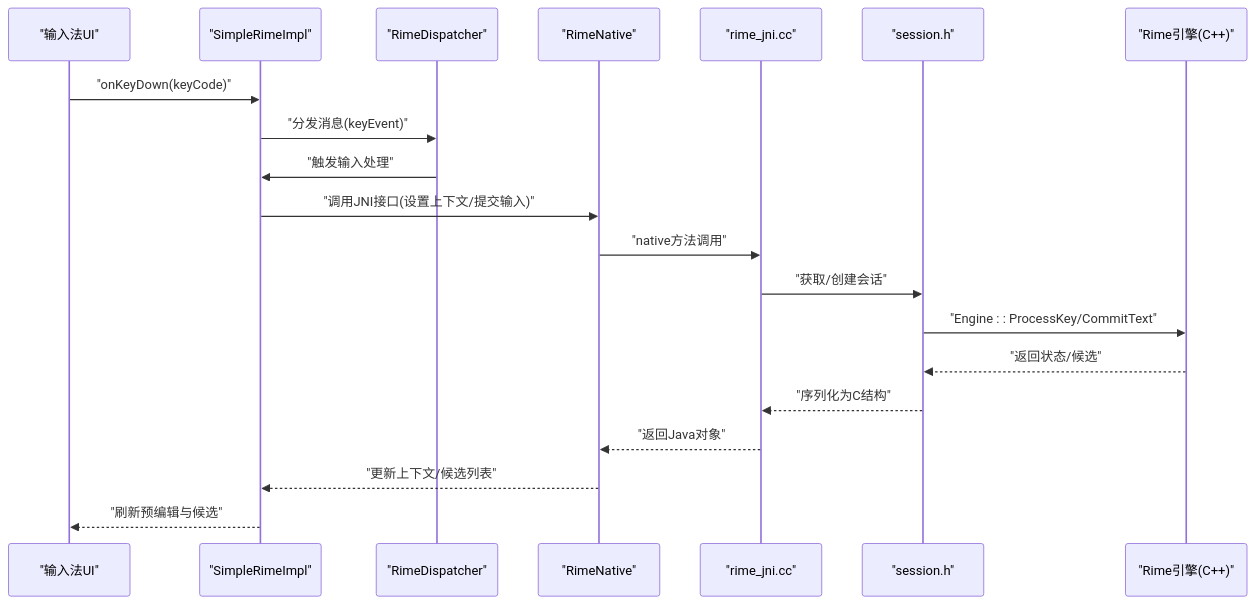
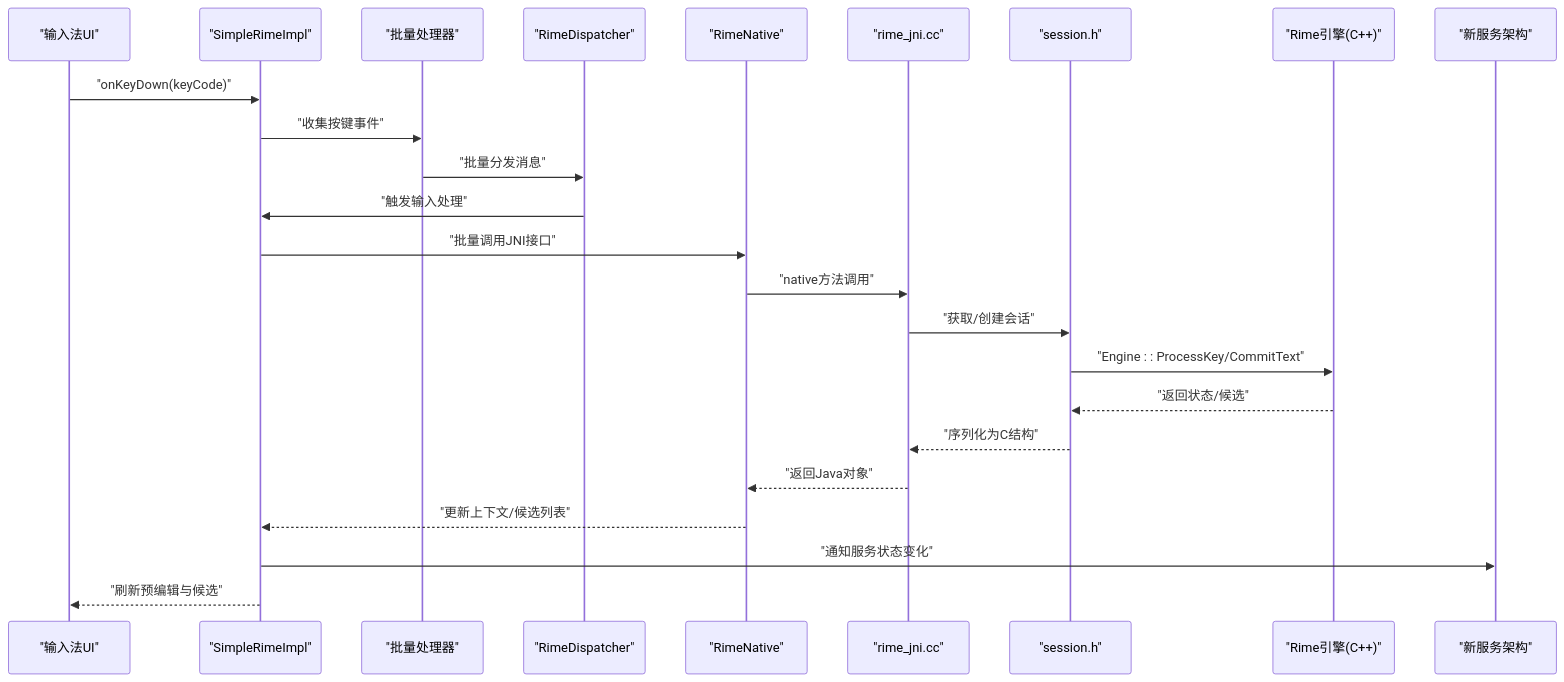
One commit to qiaodashaoye/ziyou-ime changed the second of 9 diagrams in .qoder/repowiki/zh/content/架构设计/分层架构设计/业务逻辑层/SimpleRimeImpl 核心实现.md. Above: the diagram before and after it, drawn with Mermaid. The commit also changed other lines of this file and 7 other files, not shown here.

````diff
--- a/.qoder/repowiki/zh/content/架构设计/分层架构设计/业务逻辑层/SimpleRimeImpl 核心实现.md
+++ b/.qoder/repowiki/zh/content/架构设计/分层架构设计/业务逻辑层/SimpleRimeImpl 核心实现.md
@@ -107,22 +120,26 @@
 ```mermaid
 sequenceDiagram
 participant UI as "输入法UI"
 participant Impl as "SimpleRimeImpl"
+participant Batch as "批量处理器"
 participant Disp as "RimeDispatcher"
 participant JNIAPI as "RimeNative"
 participant JNI as "rime_jni.cc"
 participant Sess as "session.h"
 participant Rime as "Rime引擎(C++)"
+participant Service as "新服务架构"
 UI->>Impl : "onKeyDown(keyCode)"
-Impl->>Disp : "分发消息(keyEvent)"
+Impl->>Batch : "收集按键事件"
+Batch->>Disp : "批量分发消息"
 Disp->>Impl : "触发输入处理"
-Impl->>JNIAPI : "调用JNI接口(设置上下文/提交输入)"
+Impl->>JNIAPI : "批量调用JNI接口"
 JNIAPI->>JNI : "native方法调用"
 JNI->>Sess : "获取/创建会话"
 Sess->>Rime : "Engine : : ProcessKey/CommitText"
 Rime-->>Sess : "返回状态/候选"
 Sess-->>JNI : "序列化为C结构"
 JNI-->>JNIAPI : "返回Java对象"
 JNIAPI-->>Impl : "更新上下文/候选列表"
+Impl->>Service : "通知服务状态变化"
 Impl-->>UI : "刷新预编辑与候选"
 ```
````
